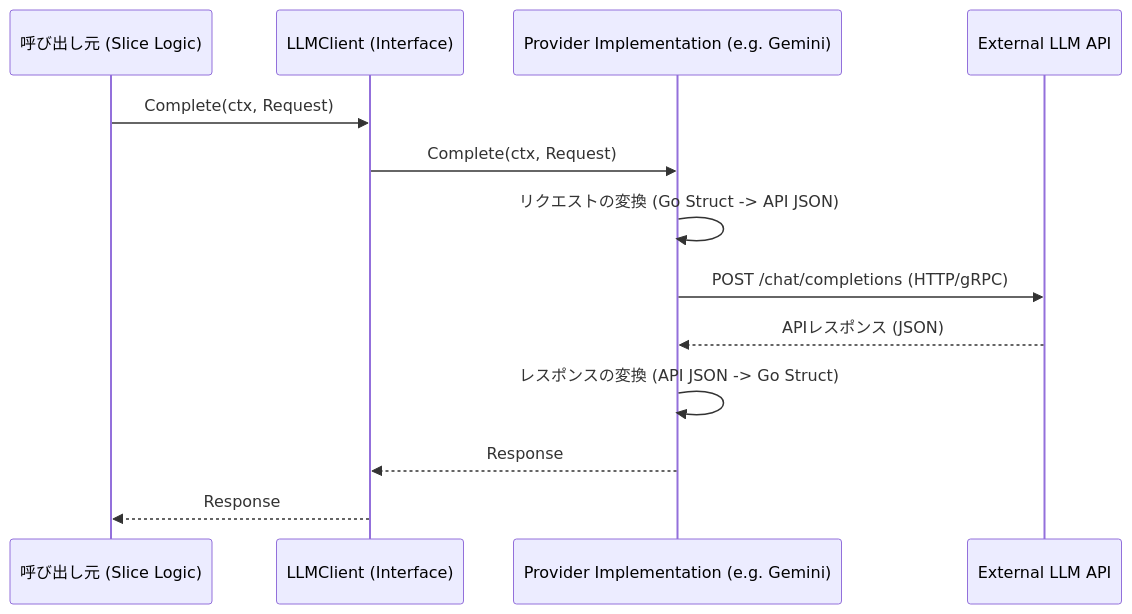
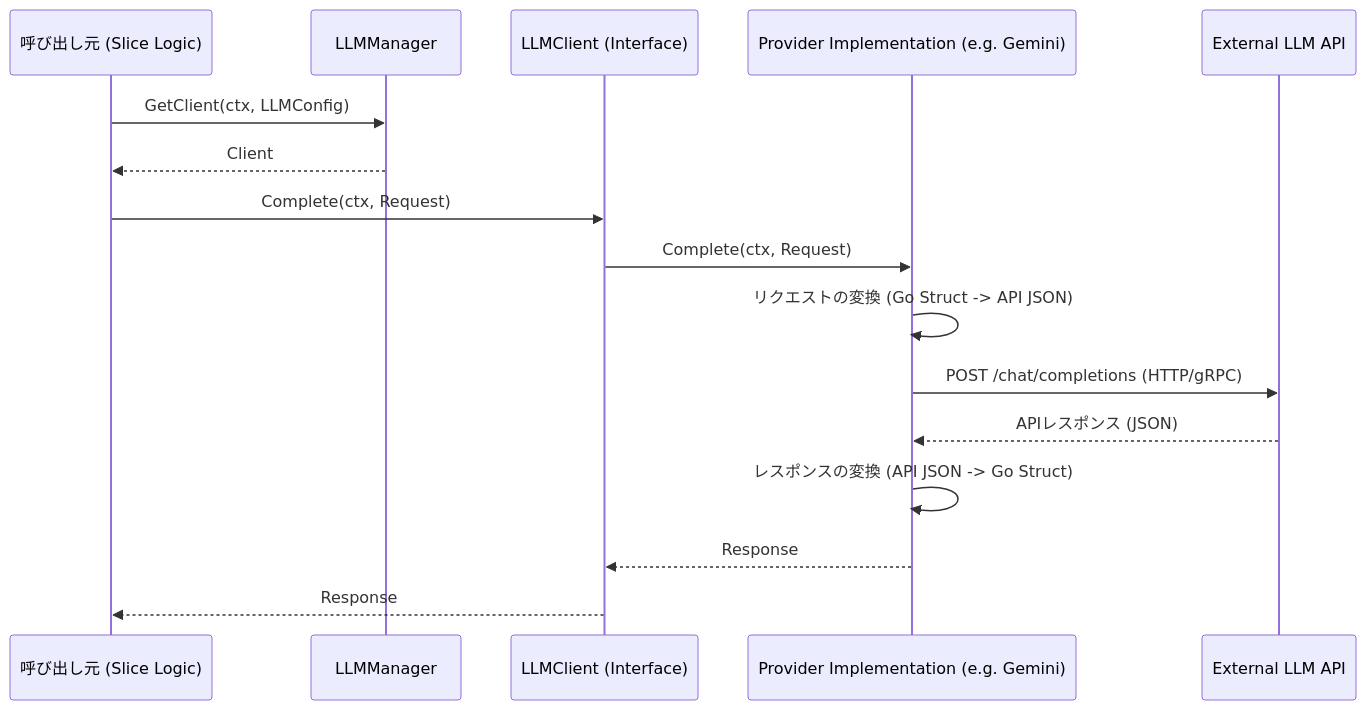
Before and after one commit to ishibata91/ai-translation-engine-2: the first of 3 diagrams in openspec/specs/LLMClient/llm_client_sequence_diagram.md, drawn with Mermaid. The commit also changed other lines of this file and 3 other files, not shown here.

````diff
--- a/openspec/specs/LLMClient/llm_client_sequence_diagram.md
+++ b/openspec/specs/LLMClient/llm_client_sequence_diagram.md
@@ -6,16 +6,19 @@
 ```mermaid
 sequenceDiagram
     participant App as 呼び出し元 (Slice Logic)
+    participant Manager as LLMManager
     participant Client as LLMClient (Interface)
     participant Provider as Provider Implementation (e.g. Gemini)
     participant API as External LLM API
 
+    App->>Manager: GetClient(ctx, LLMConfig)
+    Manager-->>App: Client
     App->>Client: Complete(ctx, Request)
     Client->>Provider: Complete(ctx, Request)
     Provider->>Provider: リクエストの変換 (Go Struct -> API JSON)
     Provider->>API: POST /chat/completions (HTTP/gRPC)
     API-->>Provider: APIレスポンス (JSON)
     Provider->>Provider: レスポンスの変換 (API JSON -> Go Struct)
     Provider-->>Client: Response
     Client-->>App: Response
 ```
````
